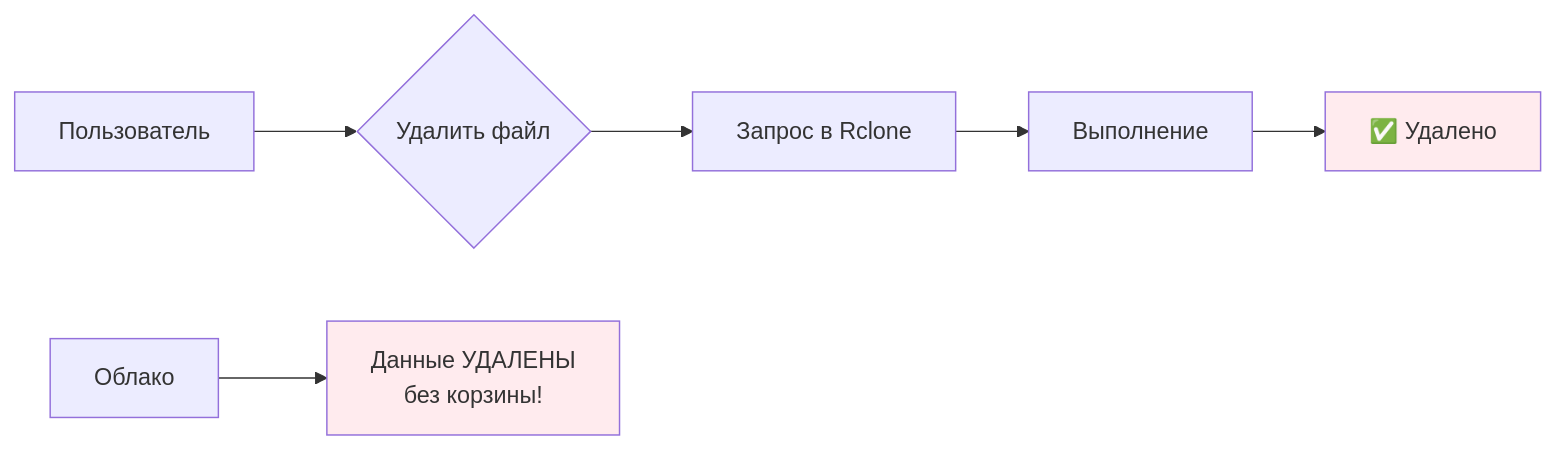
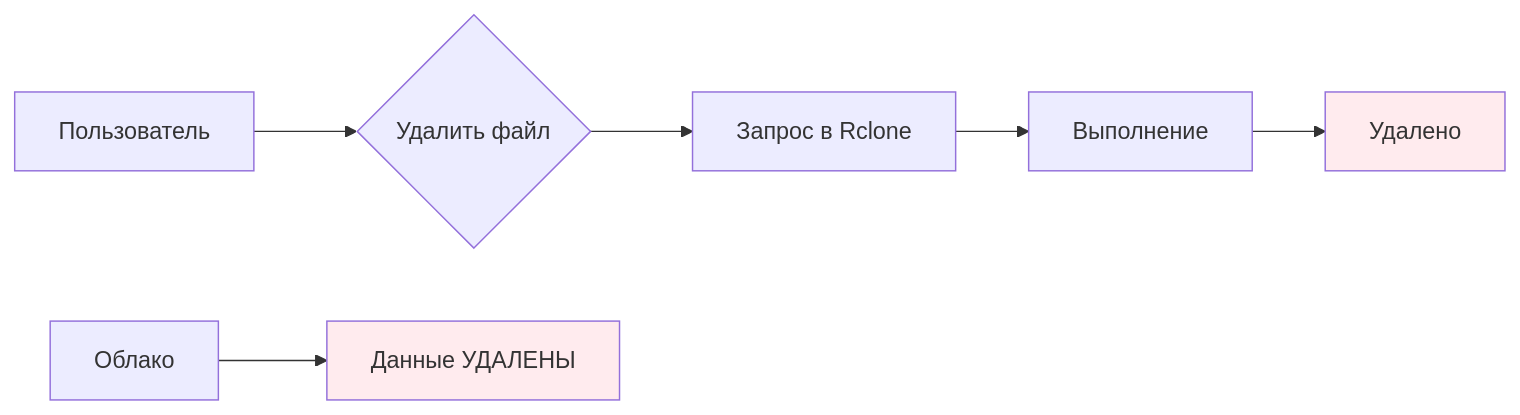
The third of 9 diagrams in docs/Диаграммы.md (medphisiker/rclone-manager), drawn with Mermaid before and after one commit. The commit also changed other lines of this file, not shown here.

First line of the commit message:
docs: добавить диаграммы для Rclone Manager

````diff
--- a/docs/Диаграммы.md
+++ b/docs/Диаграммы.md
@@ -42,11 +38,11 @@
 ```mermaid
 graph LR
     A[Пользователь] --> B{Удалить файл}
     B --> C[Запрос в Rclone]
     C --> D[Выполнение]
-    D --> E[✅ Удалено]
-    F[Облако] --> G[Данные УДАЛЕНЫ<br/>без корзины!]
+    D --> E[Удалено]
+    F[Облако] --> G[Данные УДАЛЕНЫ]
     
     style E fill:#ffebee
     style G fill:#ffebee
 ```
````
